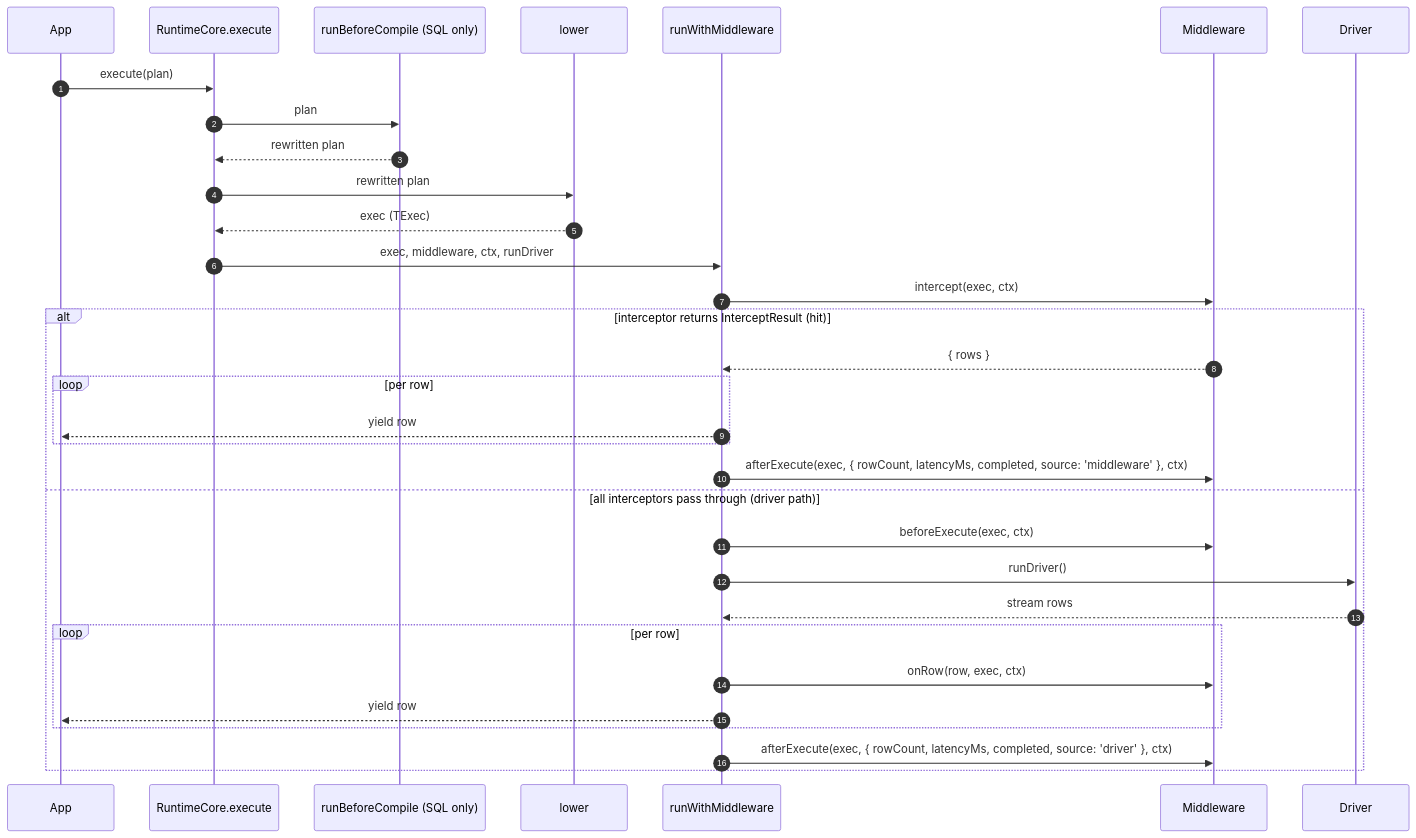
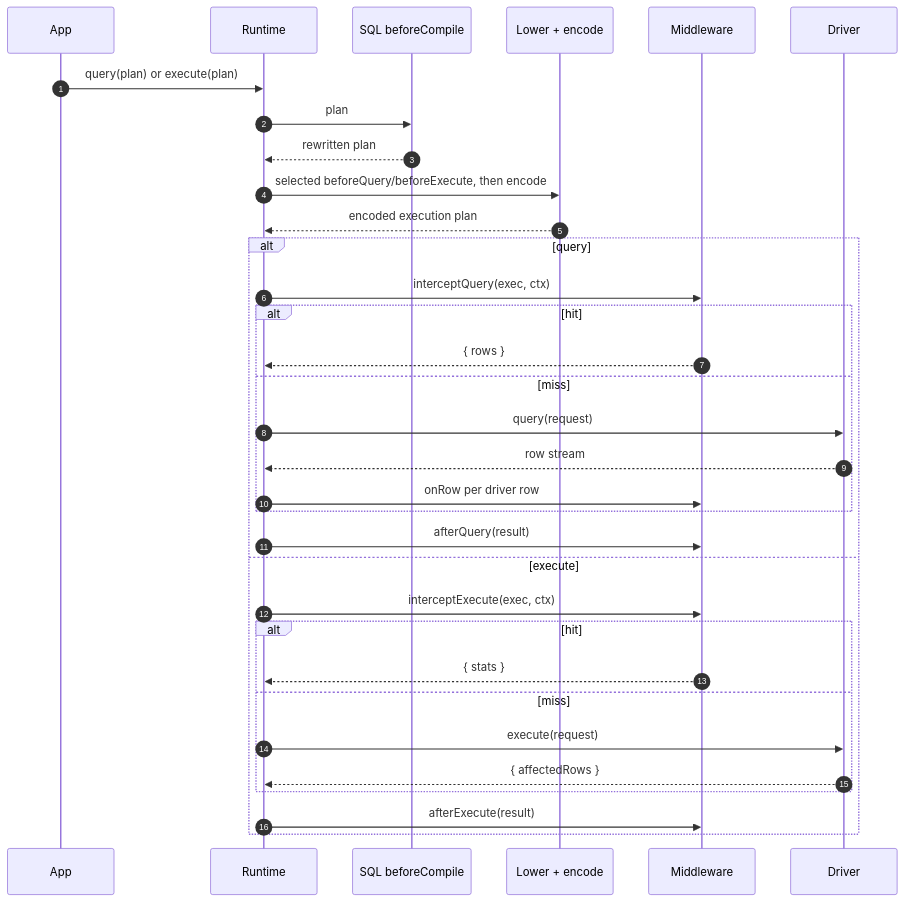
One commit to prisma/prisma changed the third of 3 diagrams in docs/architecture docs/subsystems/4. Runtime & Middleware Framework.md. Above: the diagram before and after it, drawn with Mermaid. The commit also changed other lines of this file and 6 other files, not shown here.

Commit message:
docs: close affected row count documentation

````diff
--- a/docs/architecture docs/subsystems/4. Runtime & Middleware Framework.md
+++ b/docs/architecture docs/subsystems/4. Runtime & Middleware Framework.md
@@ -389,35 +357,36 @@
 ```mermaid
 sequenceDiagram
   autonumber
   participant App as App
-  participant Runtime as RuntimeCore.execute
-  participant Compile as runBeforeCompile (SQL only)
-  participant Lower as lower
-  participant Helper as runWithMiddleware
+  participant Runtime as Runtime
+  participant Compile as SQL beforeCompile
+  participant Lower as Lower + encode
   participant MW as Middleware
   participant Driver as Driver
 
-  App->>Runtime: execute(plan)
+  App->>Runtime: query(plan) or execute(plan)
   Runtime->>Compile: plan
   Compile-->>Runtime: rewritten plan
-  Runtime->>Lower: rewritten plan
-  Lower-->>Runtime: exec (TExec)
-  Runtime->>Helper: exec, middleware, ctx, runDriver
-  Helper->>MW: intercept(exec, ctx)
-  alt interceptor returns InterceptResult (hit)
-    MW-->>Helper: { rows }
-    loop per row
-      Helper-->>App: yield row
+  Runtime->>Lower: selected beforeQuery/beforeExecute, then encode
+  Lower-->>Runtime: encoded execution plan
+  alt query
+    Runtime->>MW: interceptQuery(exec, ctx)
+    alt hit
+      MW-->>Runtime: { rows }
+    else miss
+      Runtime->>Driver: query(request)
+      Driver-->>Runtime: row stream
+      Runtime->>MW: onRow per driver row
     end
-    Helper->>MW: afterExecute(exec, { rowCount, latencyMs, completed, source: 'middleware' }, ctx)
-  else all interceptors pass through (driver path)
-    Helper->>MW: beforeExecute(exec, ctx)
-    Helper->>Driver: runDriver()
-    Driver-->>Helper: stream rows
-    loop per row
-      Helper->>MW: onRow(row, exec, ctx)
-      Helper-->>App: yield row
+    Runtime->>MW: afterQuery(result)
+  else execute
+    Runtime->>MW: interceptExecute(exec, ctx)
+    alt hit
+      MW-->>Runtime: { stats }
+    else miss
+      Runtime->>Driver: execute(request)
+      Driver-->>Runtime: { affectedRows }
     end
-    Helper->>MW: afterExecute(exec, { rowCount, latencyMs, completed, source: 'driver' }, ctx)
+    Runtime->>MW: afterExecute(result)
   end
 ```
````
